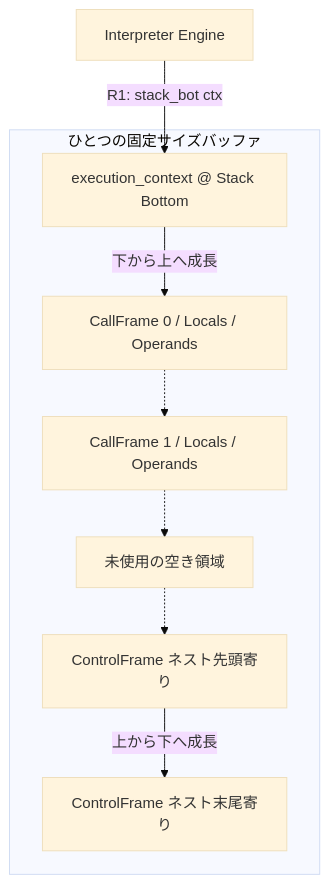
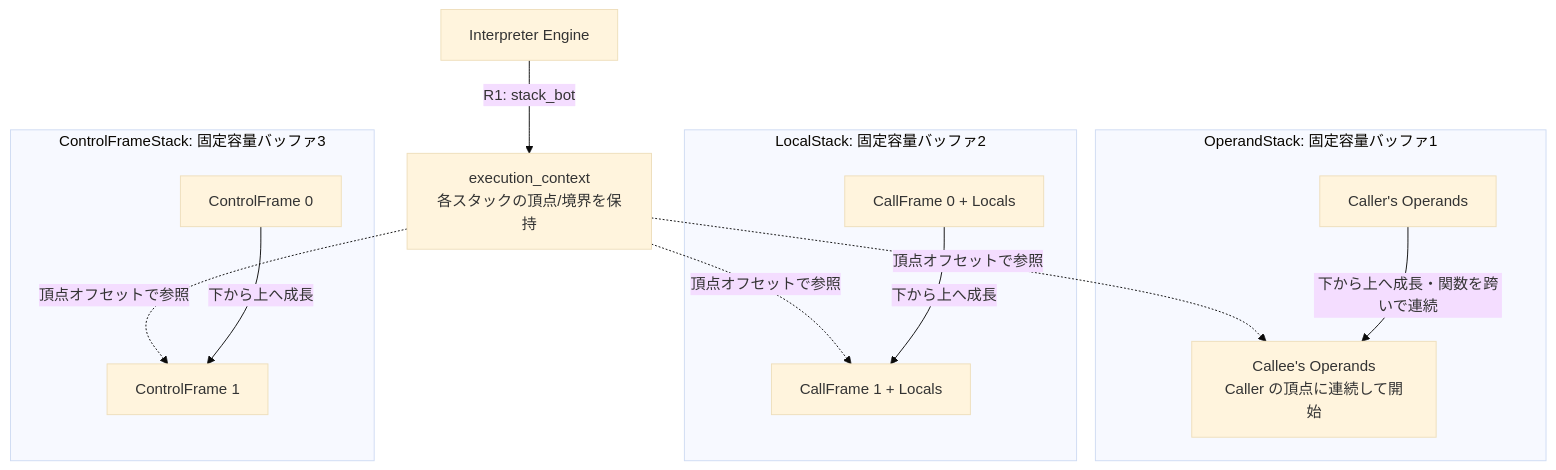
One commit to kmt-t/fireball changed the first of 4 diagrams in docs/components/tier2_runtime/runtime_interpreter.md. Above: the diagram before and after it, drawn with Mermaid (base theme). The commit also changed other lines of this file and 38 other files, not shown here.

````diff
--- a/docs/components/tier2_runtime/runtime_interpreter.md
+++ b/docs/components/tier2_runtime/runtime_interpreter.md
@@ -25,18 +27,27 @@
 ```mermaid
 graph TD
-    subgraph Unified_Stack_Memory["ひとつの固定サイズバッファ"]
-        Bot[execution_context @ Stack Bottom]
-        Frame0[CallFrame 0 / Locals / Operands]
-        Frame1[CallFrame 1 / Locals / Operands]
-        Gap[未使用の空き領域]
-        Ctrl1[ControlFrame ネスト先頭寄り]
-        Ctrl0[ControlFrame ネスト末尾寄り]
+    Ctx[execution_context<br/>各スタックの頂点/境界を保持]
+
+    subgraph Operand_Stack_Memory["OperandStack: 固定容量バッファ1"]
+        Op0[Caller's Operands]
+        Op1[Callee's Operands<br/>Caller の頂点に連続して開始]
     end
 
-    Engine[Interpreter Engine] -- R1: stack_bot ctx --> Bot
-    Bot -- "下から上へ成長" --> Frame0
-    Frame0 -.-> Frame1
-    Frame1 -.-> Gap
-    Gap -.-> Ctrl1
-    Ctrl1 -- "上から下へ成長" --> Ctrl0
+    subgraph Local_Stack_Memory["LocalStack: 固定容量バッファ2"]
+        Loc0[CallFrame 0 + Locals]
+        Loc1[CallFrame 1 + Locals]
+    end
+
+    subgraph Control_Frame_Memory["ControlFrameStack: 固定容量バッファ3"]
+        Ctrl0[ControlFrame 0]
+        Ctrl1[ControlFrame 1]
+    end
+
+    Engine[Interpreter Engine] -- R1: stack_bot --> Ctx
+    Ctx -. "頂点オフセットで参照" .-> Op1
+    Ctx -. "頂点オフセットで参照" .-> Loc1
+    Ctx -. "頂点オフセットで参照" .-> Ctrl1
+    Op0 -- "下から上へ成長・関数を跨いで連続" --> Op1
+    Loc0 -- "下から上へ成長" --> Loc1
+    Ctrl0 -- "下から上へ成長" --> Ctrl1
 ```
````
